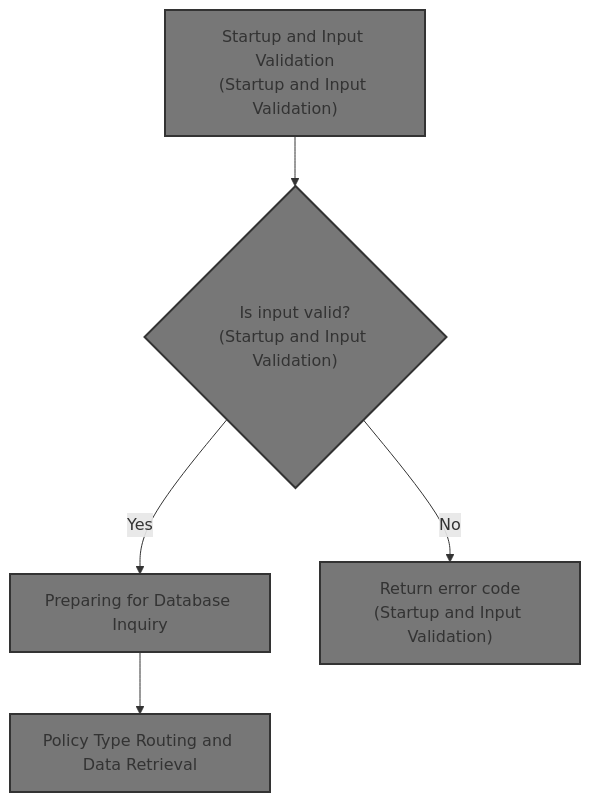
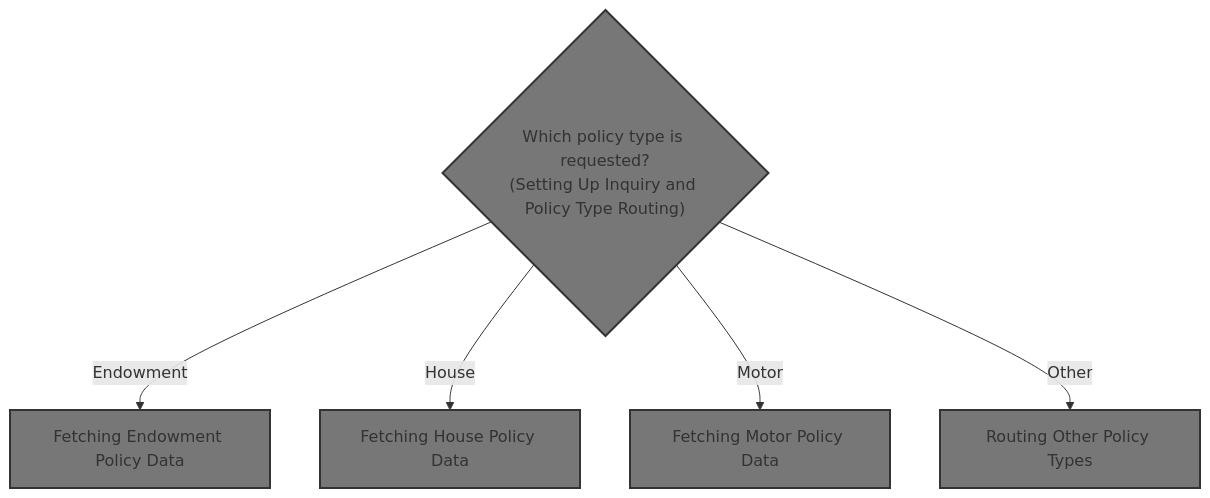
Before and after one commit to Giri-Swimm/Swimmio-genapp-house: the first of 2 diagrams in .swm/inquire-policy-details-lgipol01-overview.m4dh9yau.sw.md, drawn with Mermaid. The commit also changed other lines of this file and 17 other files, not shown here.

````diff
--- a/.swm/inquire-policy-details-lgipol01-overview.m4dh9yau.sw.md
+++ b/.swm/inquire-policy-details-lgipol01-overview.m4dh9yau.sw.md
@@ -8,16 +8,15 @@
 ```mermaid
 flowchart TD
-    node1["Startup and Input Validation
-(Startup and Input Validation)"]:::HeadingStyle --> node2{"Is input valid?
-(Startup and Input Validation)"}:::HeadingStyle
-    node2 -->|"Yes"| node3["Preparing for Database Inquiry"]:::HeadingStyle
-    node3 --> node4["Policy Type Routing and Data Retrieval"]:::HeadingStyle
-    node2 -->|"No"| node5["Return error code
-(Startup and Input Validation)"]:::HeadingStyle
-    click node1 goToHeading "Startup and Input Validation"
-    click node2 goToHeading "Startup and Input Validation"
-    click node3 goToHeading "Preparing for Database Inquiry"
-    click node4 goToHeading "Policy Type Routing and Data Retrieval"
-    click node5 goToHeading "Startup and Input Validation"
+    node1{"Which policy type is requested?
+(Setting Up Inquiry and Policy Type Routing)"}:::HeadingStyle
+    click node1 goToHeading "Setting Up Inquiry and Policy Type Routing"
+    node1 -->|"Endowment"|node2["Fetching Endowment Policy Data"]:::HeadingStyle
+    click node2 goToHeading "Fetching Endowment Policy Data"
+    node1 -->|"House"|node3["Fetching House Policy Data"]:::HeadingStyle
+    click node3 goToHeading "Fetching House Policy Data"
+    node1 -->|"Motor"|node4["Fetching Motor Policy Data"]:::HeadingStyle
+    click node4 goToHeading "Fetching Motor Policy Data"
+    node1 -->|"Other"|node5["Routing Other Policy Types"]:::HeadingStyle
+    click node5 goToHeading "Routing Other Policy Types"
 classDef HeadingStyle fill:#777777,stroke:#333,stroke-width:2px;
 ```
````
